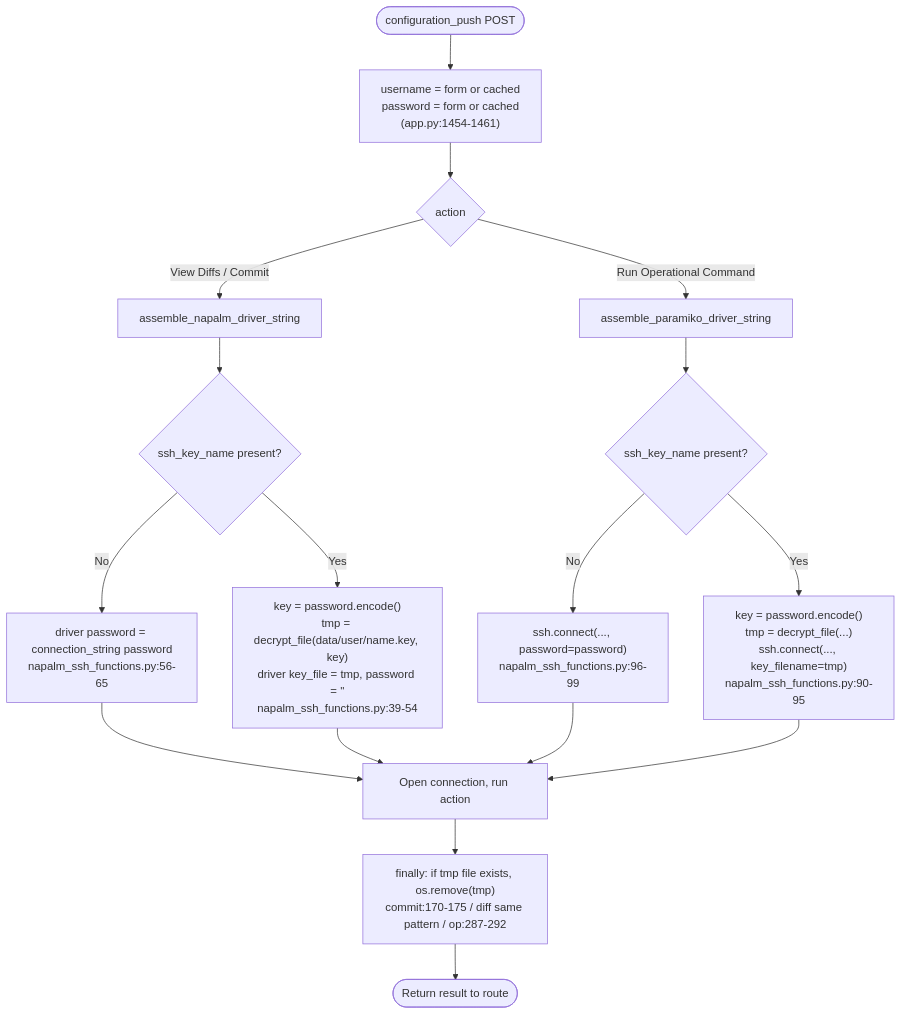
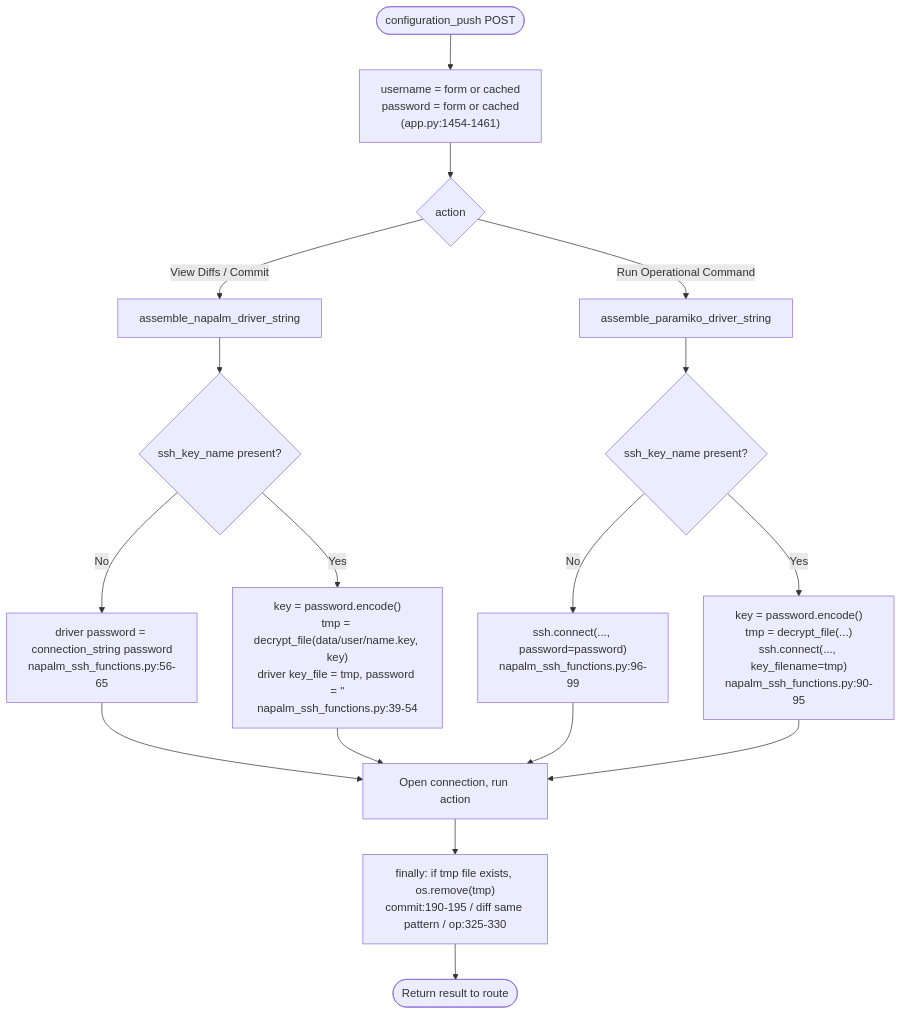
Before and after one commit to ibehren1/fw-gui: the third of 5 diagrams in docs/ssh-credential-handling.md, drawn with Mermaid. The commit also changed other lines of this file and 10 other files, not shown here.

````diff
--- a/docs/ssh-credential-handling.md
+++ b/docs/ssh-credential-handling.md
@@ -120,22 +120,22 @@
 ```mermaid
 flowchart TD
     START([configuration_push POST]) --> CRED["username = form or cached<br/>password = form or cached<br/>(app.py:1454-1461)"]
     CRED --> ACT{action}
     ACT -->|View Diffs / Commit| NAP[assemble_napalm_driver_string]
     ACT -->|Run Operational Command| PAR[assemble_paramiko_driver_string]
 
     NAP --> NK{ssh_key_name present?}
     NK -->|No| NPW["driver password = connection_string password<br/>napalm_ssh_functions.py:56-65"]
     NK -->|Yes| NDEC["key = password.encode()<br/>tmp = decrypt_file(data/user/name.key, key)<br/>driver key_file = tmp, password = ''<br/>napalm_ssh_functions.py:39-54"]
 
     PAR --> PK{ssh_key_name present?}
     PK -->|No| PPW["ssh.connect(..., password=password)<br/>napalm_ssh_functions.py:96-99"]
     PK -->|Yes| PDEC["key = password.encode()<br/>tmp = decrypt_file(...)<br/>ssh.connect(..., key_filename=tmp)<br/>napalm_ssh_functions.py:90-95"]
 
     NPW --> RUN[Open connection, run action]
     NDEC --> RUN
     PPW --> RUN
     PDEC --> RUN
-    RUN --> FIN["finally: if tmp file exists, os.remove(tmp)<br/>commit:170-175 / diff same pattern / op:287-292"]
+    RUN --> FIN["finally: if tmp file exists, os.remove(tmp)<br/>commit:190-195 / diff same pattern / op:325-330"]
     FIN --> DONE([Return result to route])
 ```
````
